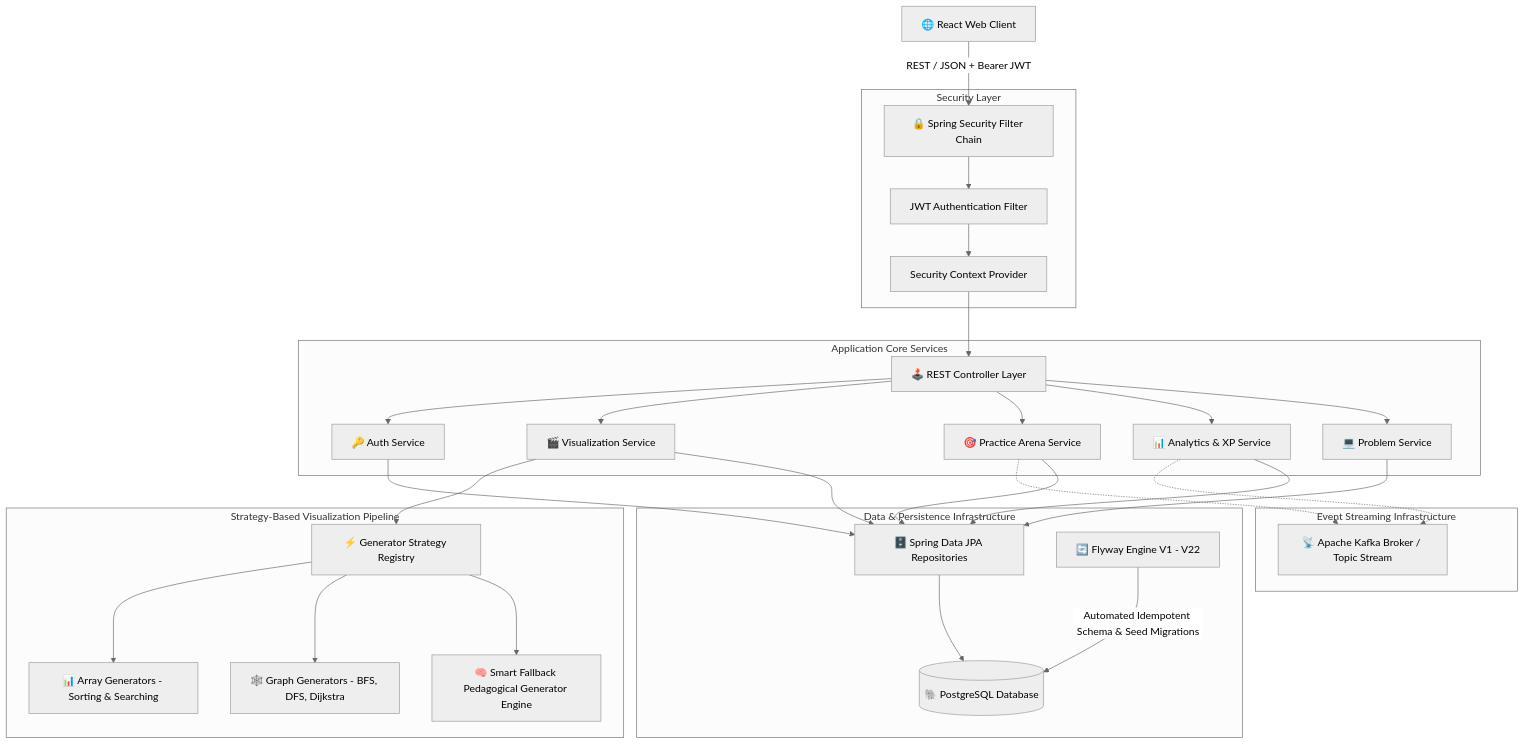
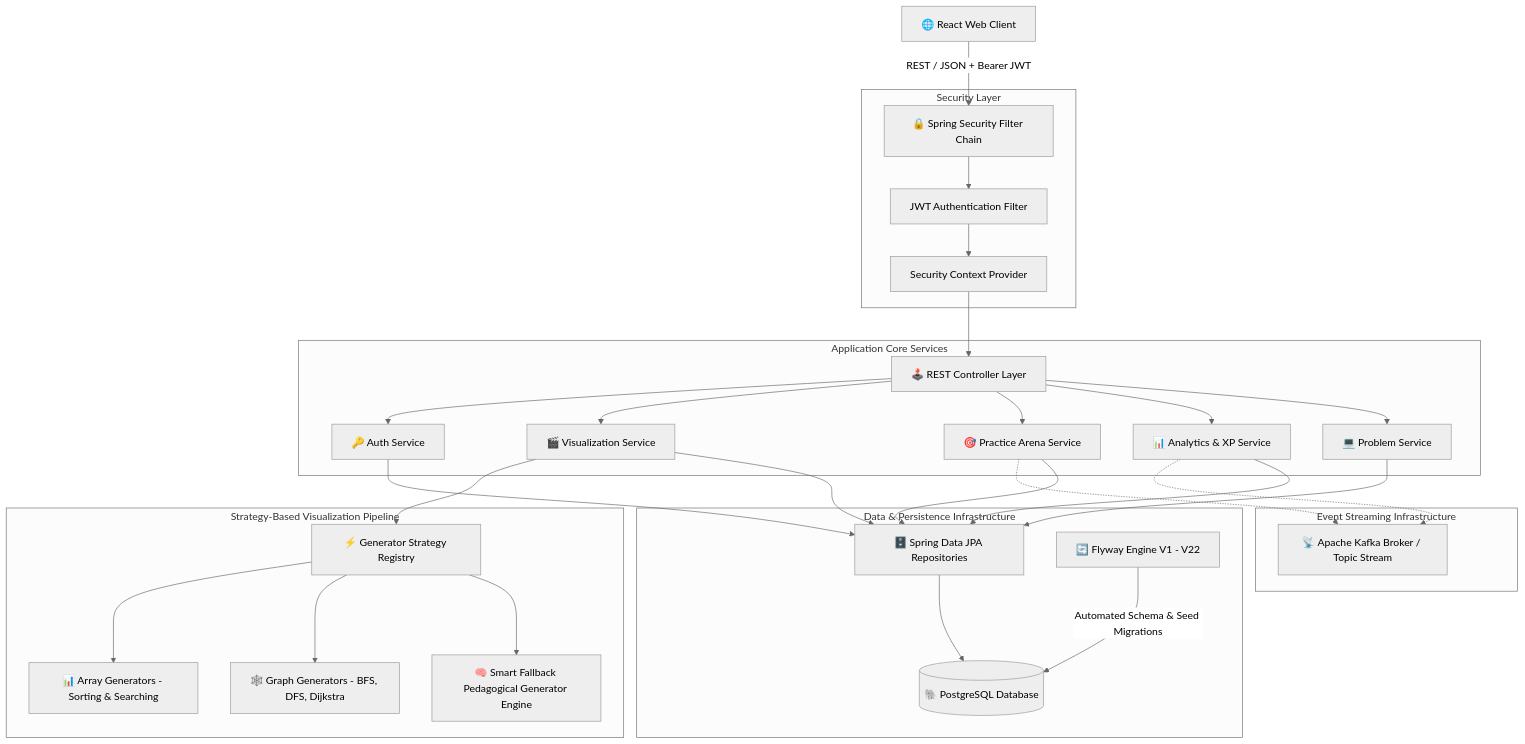
Before and after one commit to Sukhankar/DSA-VISUALIZER-BACKEND: the diagram in README.md, drawn with Mermaid (neutral theme). The commit also changed other lines of this file, not shown here.

````diff
--- a/README.md
+++ b/README.md
@@ -54,36 +64,36 @@
 ```mermaid
 graph TD
     Client[🌐 React Web Client] -->|REST / JSON + Bearer JWT| Security[🔒 Spring Security Filter Chain]
     
     subgraph Security Layer
         Security --> JWTFilter[JWT Authentication Filter]
         JWTFilter --> SecurityContext[Security Context Provider]
     end
     
     SecurityContext --> Controllers[🕹️ REST Controller Layer]
     
     subgraph Application Core Services
         Controllers --> AuthSvc[🔑 Auth Service]
         Controllers --> VisSvc[🎬 Visualization Service]
         Controllers --> PracticeSvc[🎯 Practice Arena Service]
         Controllers --> AnalyticsSvc[📊 Analytics & XP Service]
         Controllers --> ProblemSvc[💻 Problem Service]
     end
 
     subgraph Strategy-Based Visualization Pipeline
         VisSvc --> Registry[⚡ Generator Strategy Registry]
         Registry --> ArrayGen[📊 Array Generators - Sorting & Searching]
         Registry --> GraphGen[🕸️ Graph Generators - BFS, DFS, Dijkstra]
         Registry --> SmartFallback[🧠 Smart Fallback Pedagogical Generator Engine]
     end
 
     subgraph Event Streaming Infrastructure
         AnalyticsSvc & PracticeSvc -.-> Kafka[📡 Apache Kafka Broker / Topic Stream]
     end
 
     subgraph Data & Persistence Infrastructure
         AuthSvc & VisSvc & PracticeSvc & AnalyticsSvc & ProblemSvc --> JPA[🗄️ Spring Data JPA Repositories]
         JPA --> DB[(🐘 PostgreSQL Database)]
-        Flyway[🔄 Flyway Engine V1 - V22] -->|Automated Idempotent Schema & Seed Migrations| DB
+        Flyway[🔄 Flyway Engine V1 - V22] -->|Automated Schema & Seed Migrations| DB
     end
 ```
````
